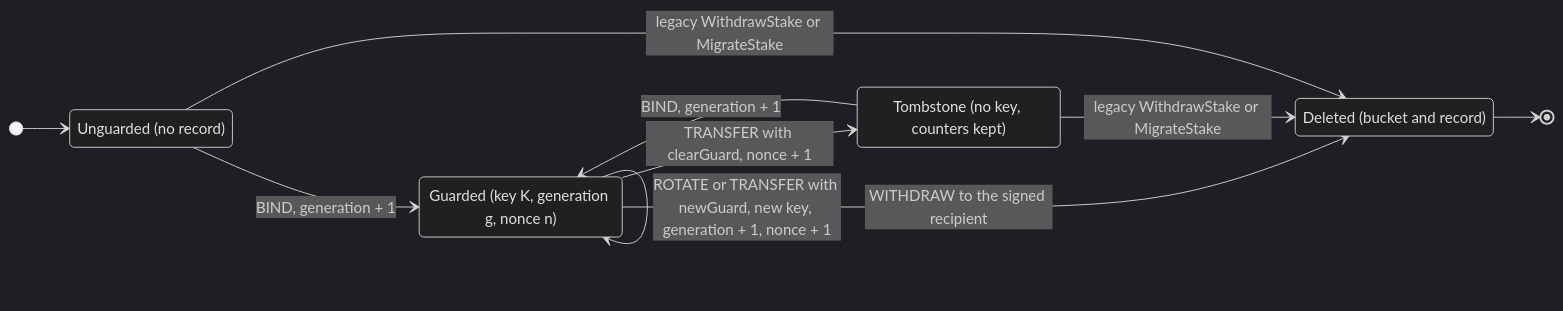
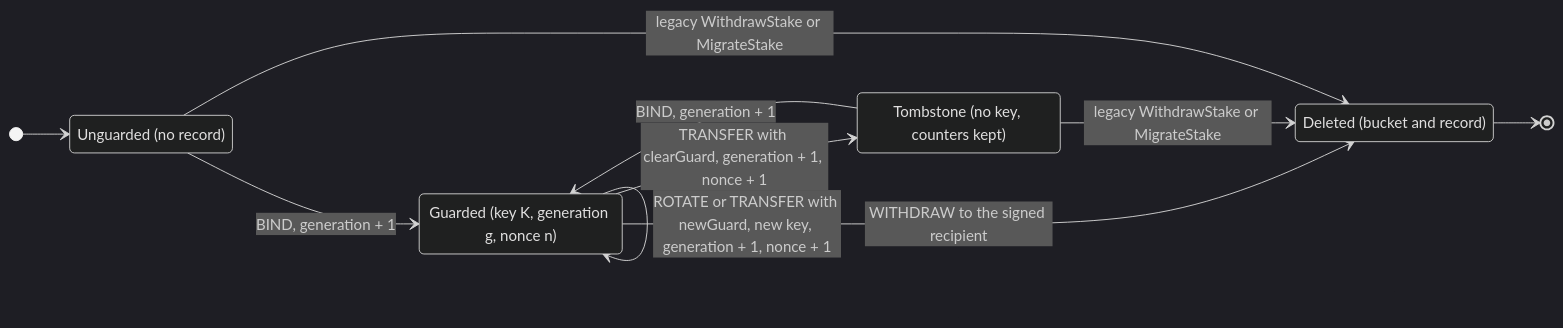
Before and after one commit to iotexproject/iips: the fifth of 5 diagrams in iip-65.md, drawn with Mermaid (dark theme). The commit also changed other lines of this file, not shown here.

````diff
--- a/iip-65.md
+++ b/iip-65.md
@@ -565,19 +653,19 @@
 ```mermaid
 stateDiagram-v2
     direction LR
     state "Unguarded (no record)" as Unguarded
     state "Guarded (key K, generation g, nonce n)" as Guarded
     state "Tombstone (no key, counters kept)" as Tombstone
     state "Deleted (bucket and record)" as Deleted
 
     [*] --> Unguarded
     Unguarded --> Guarded: BIND, generation + 1
     Guarded --> Guarded: UNSTAKE, CHANGE_CANDIDATE, RESTAKE, nonce + 1
     Guarded --> Guarded: ROTATE or TRANSFER with newGuard, new key, generation + 1, nonce + 1
-    Guarded --> Tombstone: TRANSFER with clearGuard, nonce + 1
+    Guarded --> Tombstone: TRANSFER with clearGuard, generation + 1, nonce + 1
     Tombstone --> Guarded: BIND, generation + 1
     Guarded --> Deleted: WITHDRAW to the signed recipient
     Tombstone --> Deleted: legacy WithdrawStake or MigrateStake
     Unguarded --> Deleted: legacy WithdrawStake or MigrateStake
     Deleted --> [*]
 ```
````
